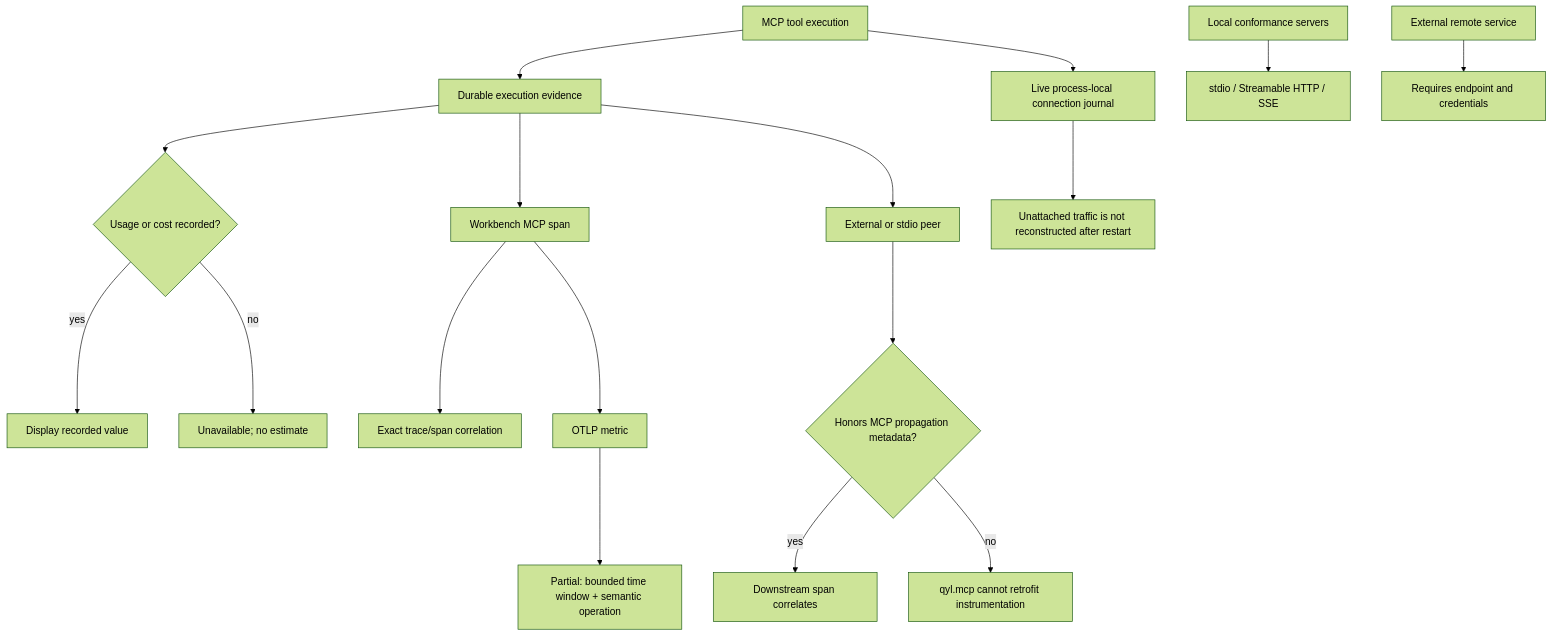
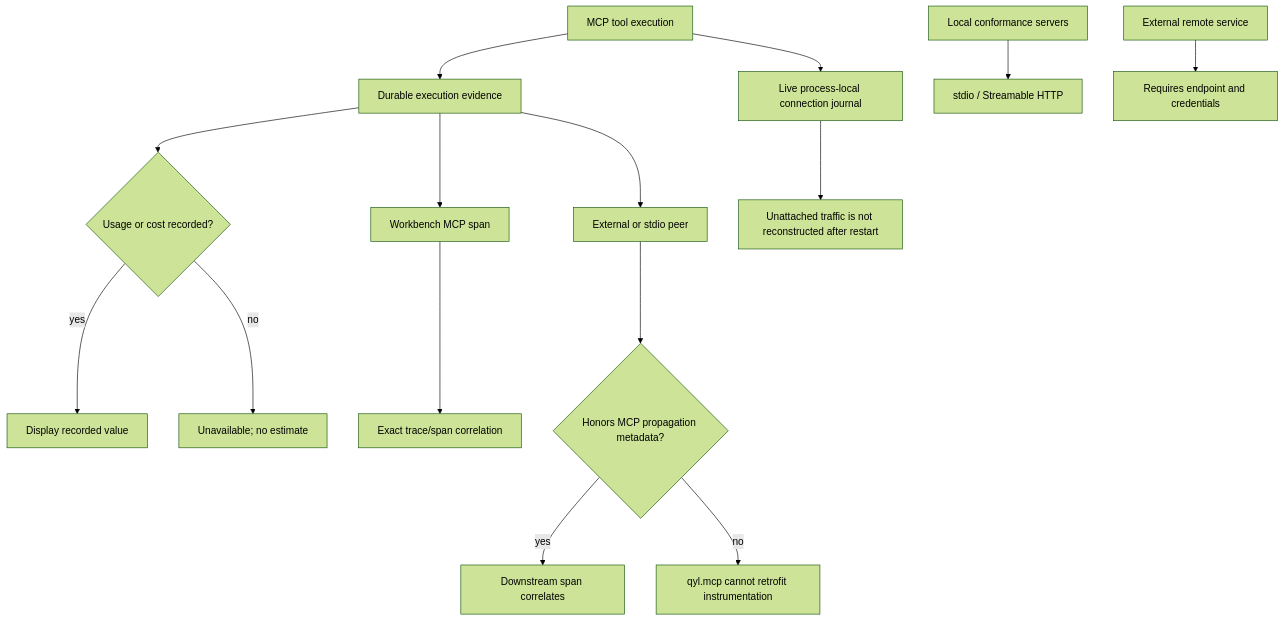
Before and after one commit to ANcpLua/qyl.mcp: the diagram in README.md, drawn with Mermaid (forest theme). The commit also changed other lines of this file and 83 other files, not shown here.

````diff
--- a/README.md
+++ b/README.md
@@ -318,19 +345,17 @@
 ```mermaid
 flowchart TD
   A["MCP tool execution"] --> B["Durable execution evidence"]
   B --> C{"Usage or cost recorded?"}
   C -- "yes" --> D["Display recorded value"]
   C -- "no" --> E["Unavailable; no estimate"]
   B --> F["Workbench MCP span"]
   F --> G["Exact trace/span correlation"]
-  F --> H["OTLP metric"]
-  H --> I["Partial: bounded time window + semantic operation"]
   B --> J["External or stdio peer"]
   J --> K{"Honors MCP propagation metadata?"}
   K -- "yes" --> L["Downstream span correlates"]
   K -- "no" --> M["qyl.mcp cannot retrofit instrumentation"]
   A --> N["Live process-local connection journal"]
   N --> O["Unattached traffic is not reconstructed after restart"]
-  P["Local conformance servers"] --> Q["stdio / Streamable HTTP / SSE"]
+  P["Local conformance servers"] --> Q["stdio / Streamable HTTP"]
   R["External remote service"] --> S["Requires endpoint and credentials"]
 ```
````
